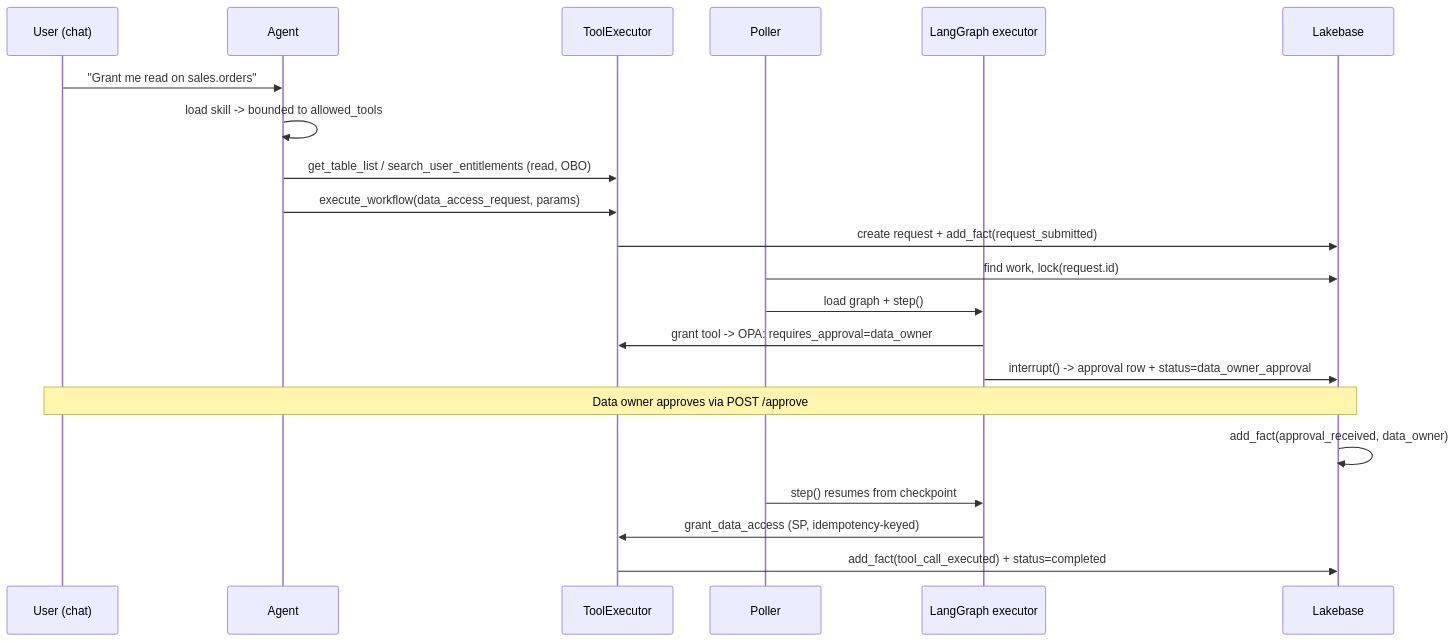
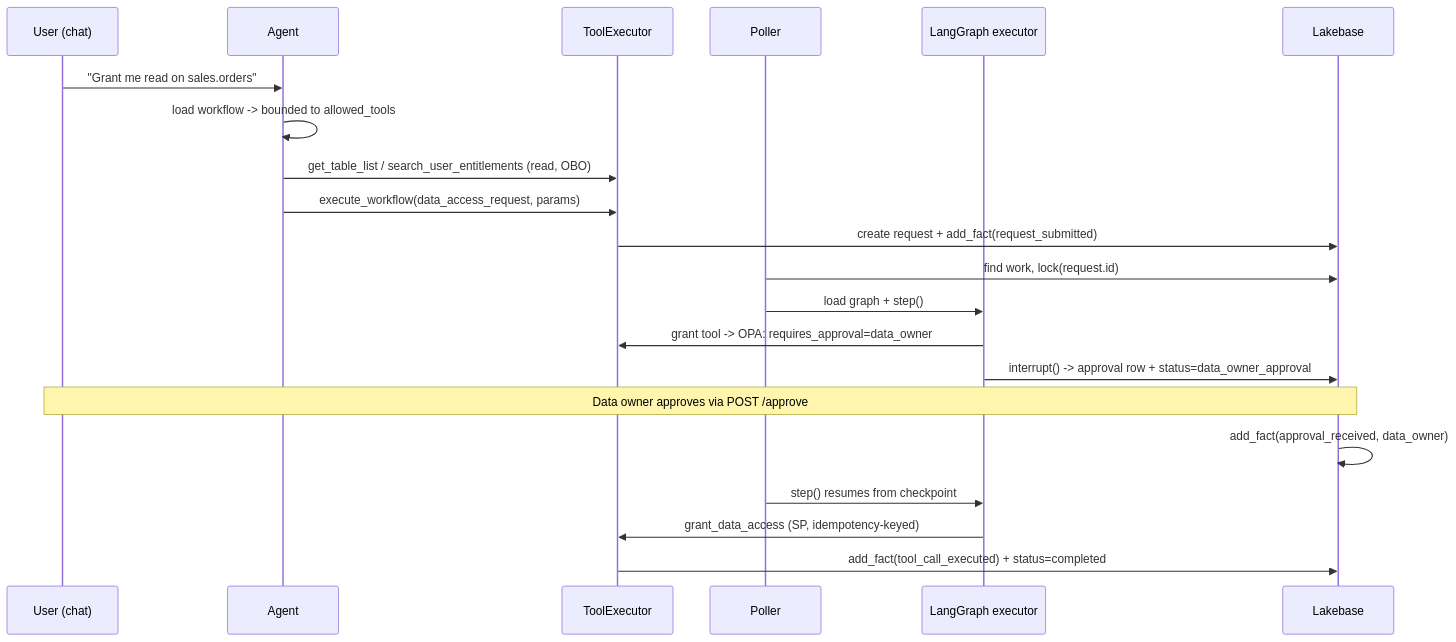
The third of 3 diagrams in docs/ARCHITECTURE_V2.md (TaylorAHanson/ssc), drawn with Mermaid before and after one commit. The commit also changed other lines of this file and 52 other files, not shown here.

````diff
--- a/docs/ARCHITECTURE_V2.md
+++ b/docs/ARCHITECTURE_V2.md
@@ -303,24 +303,24 @@
 ```mermaid
 sequenceDiagram
     participant U as User (chat)
     participant A as Agent
     participant X as ToolExecutor
     participant P as Poller
     participant G as LangGraph executor
     participant DB as Lakebase
 
     U->>A: "Grant me read on sales.orders"
-    A->>A: load skill -> bounded to allowed_tools
+    A->>A: load workflow -> bounded to allowed_tools
     A->>X: get_table_list / search_user_entitlements (read, OBO)
     A->>X: execute_workflow(data_access_request, params)
     X->>DB: create request + add_fact(request_submitted)
     P->>DB: find work, lock(request.id)
     P->>G: load graph + step()
     G->>X: grant tool -> OPA: requires_approval=data_owner
     G->>DB: interrupt() -> approval row + status=data_owner_approval
     Note over U,DB: Data owner approves via POST /approve
     DB->>DB: add_fact(approval_received, data_owner)
     P->>G: step() resumes from checkpoint
     G->>X: grant_data_access (SP, idempotency-keyed)
     X->>DB: add_fact(tool_call_executed) + status=completed
 ```
````
